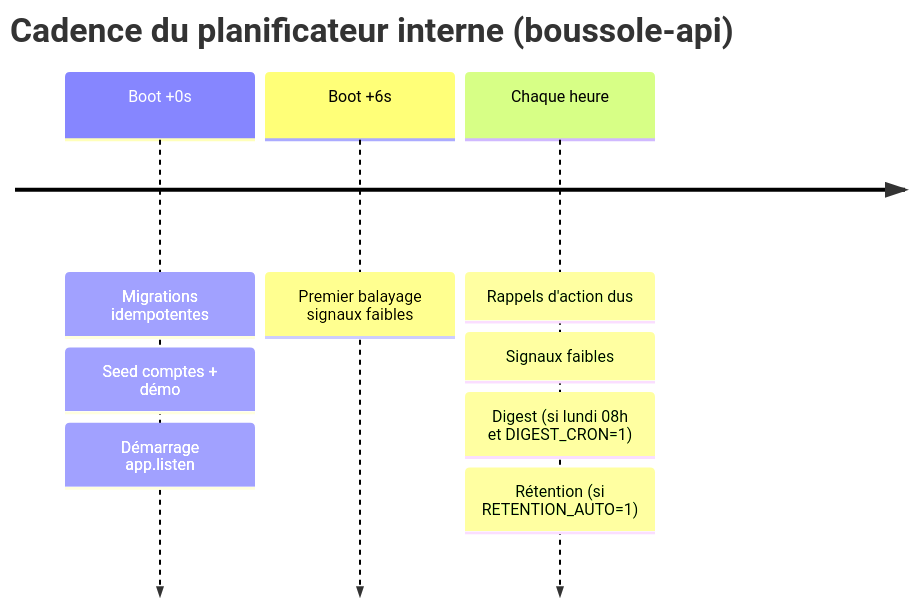
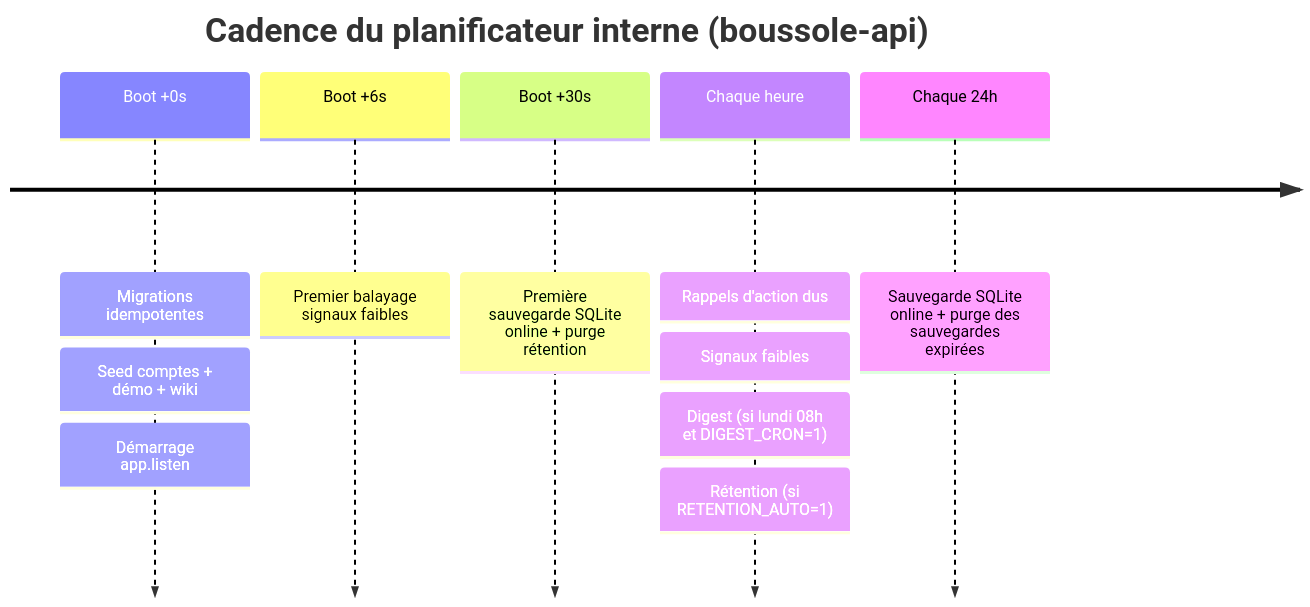
The seventh of 8 diagrams in app/api/src/wiki/content/operations.md (melafrit/FAD130_accompagnement_pro), drawn with Mermaid before and after one commit. The commit also changed other lines of this file and 14 other files, not shown here.

````diff
--- a/app/api/src/wiki/content/operations.md
+++ b/app/api/src/wiki/content/operations.md
@@ -316,7 +363,9 @@
 ```mermaid
 timeline
   title Cadence du planificateur interne (boussole-api)
-  Boot +0s : Migrations idempotentes : Seed comptes + démo : Démarrage app.listen
+  Boot +0s : Migrations idempotentes : Seed comptes + démo + wiki : Démarrage app.listen
   Boot +6s : Premier balayage signaux faibles
+  Boot +30s : Première sauvegarde SQLite online + purge rétention
   Chaque heure : Rappels d'action dus : Signaux faibles : Digest (si lundi 08h et DIGEST_CRON=1) : Rétention (si RETENTION_AUTO=1)
+  Chaque 24h : Sauvegarde SQLite online + purge des sauvegardes expirées
 ```
````
